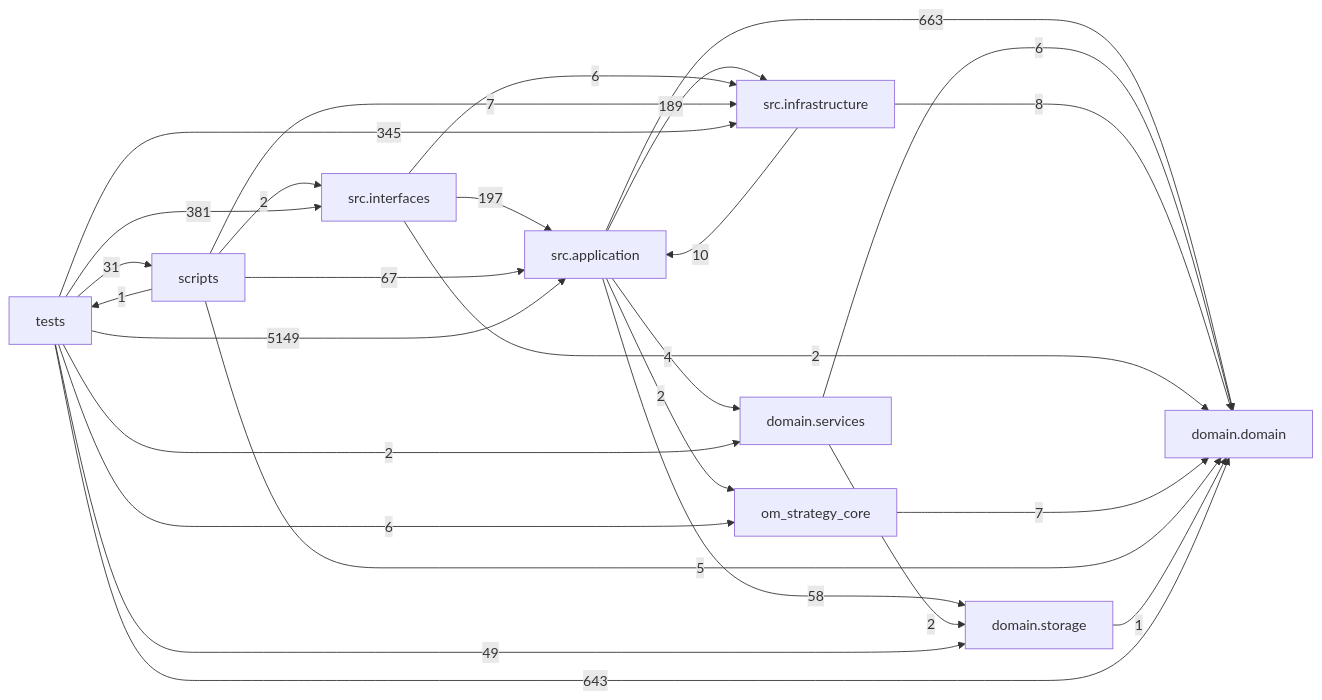
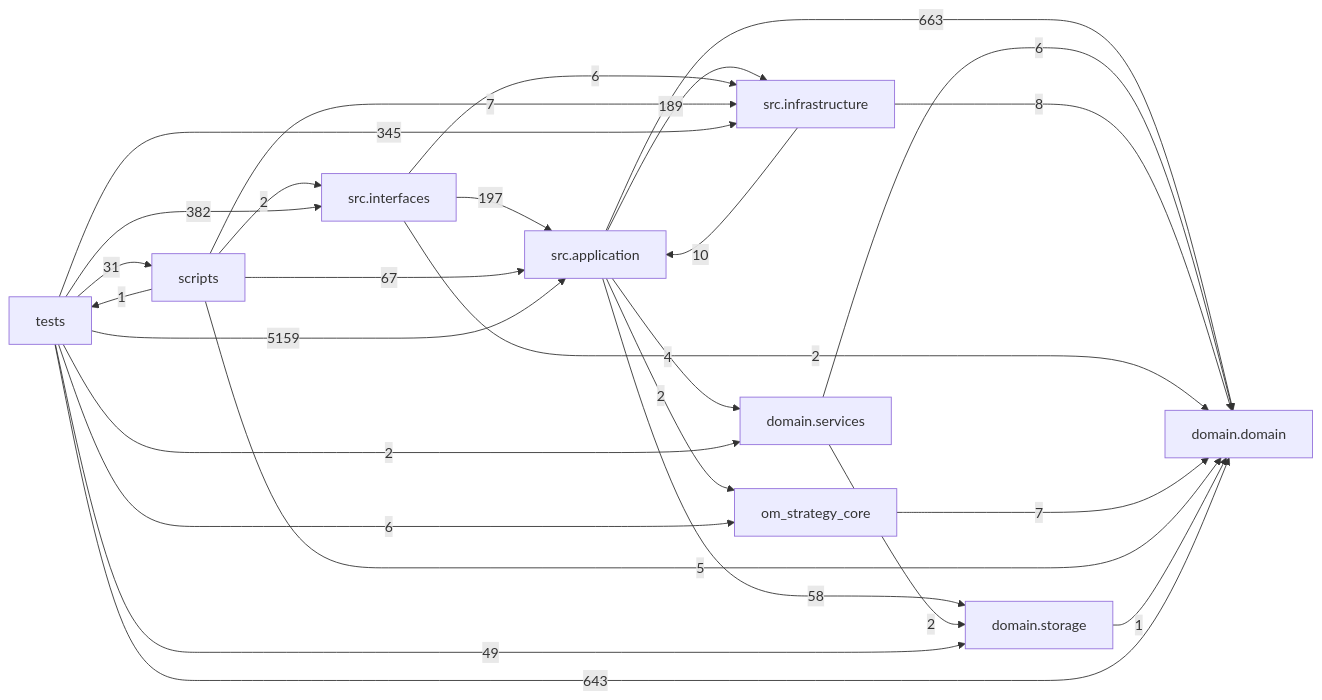
Before and after one commit to liuxie066/options-monitor: the diagram in docs/DEPENDENCY_GRAPH.md, drawn with Mermaid. The commit also changed other lines of this file, not shown here.

````diff
--- a/docs/DEPENDENCY_GRAPH.md
+++ b/docs/DEPENDENCY_GRAPH.md
@@ -24,38 +24,38 @@
 ```mermaid
 flowchart LR
   tests["tests"]
   scripts["scripts"]
   interfaces["src.interfaces"]
   application["src.application"]
   infrastructure["src.infrastructure"]
   domain_services["domain.services"]
   domain["domain.domain"]
   storage["domain.storage"]
   application -->|663| domain
   application -->|4| domain_services
   application -->|189| infrastructure
   application -->|2| om_strategy_core
   application -->|58| storage
   domain_services -->|6| domain
   domain_services -->|2| storage
   infrastructure -->|10| application
   infrastructure -->|8| domain
   interfaces -->|197| application
   interfaces -->|2| domain
   interfaces -->|6| infrastructure
   om_strategy_core -->|7| domain
   scripts -->|67| application
   scripts -->|5| domain
   scripts -->|7| infrastructure
   scripts -->|2| interfaces
   scripts -->|1| tests
   storage -->|1| domain
-  tests -->|5149| application
+  tests -->|5159| application
   tests -->|643| domain
   tests -->|2| domain_services
   tests -->|345| infrastructure
-  tests -->|381| interfaces
+  tests -->|382| interfaces
   tests -->|6| om_strategy_core
   tests -->|31| scripts
   tests -->|49| storage
 ```
````
